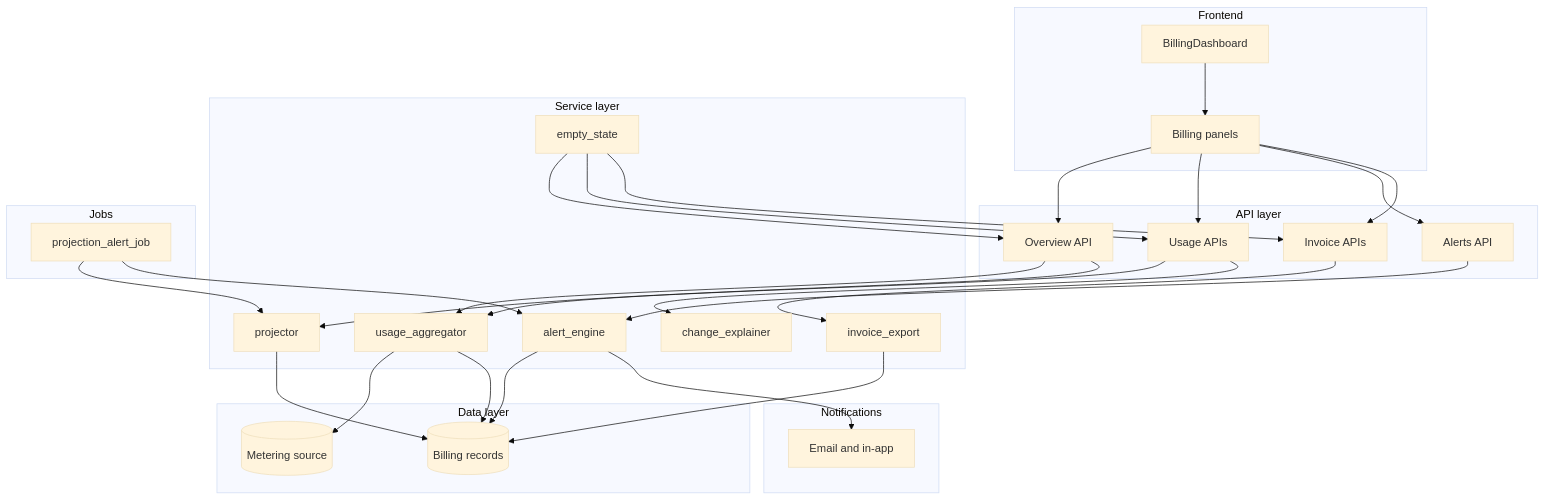
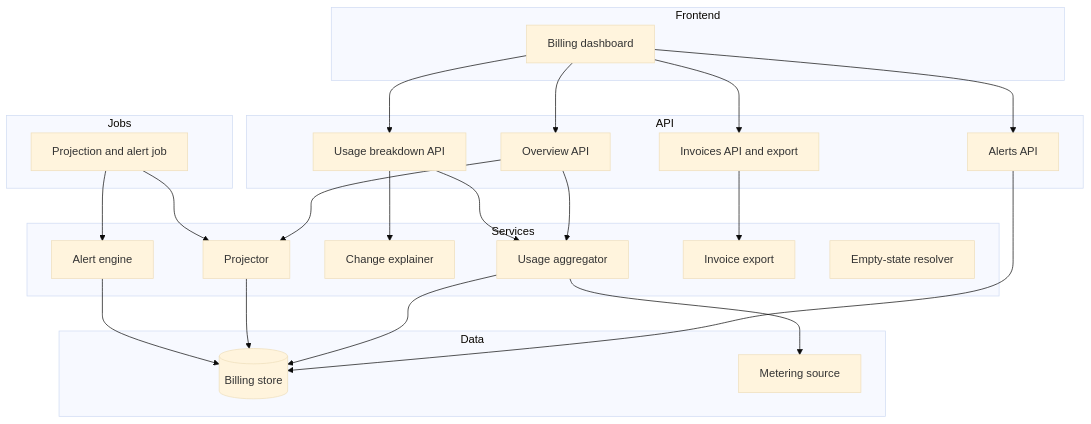
The first of 5 diagrams in examples/specs/002-billing-usage-dashboard/product/30-design.md (d0whc3r/spec-kit-product), drawn with Mermaid (base theme) before and after one commit. The commit also changed other lines of this file and 4 other files, not shown here.

First line of the commit message:
Refactor Self-Serve Billing Usage Dashboard Documentation

````diff
--- a/examples/specs/002-billing-usage-dashboard/product/30-design.md
+++ b/examples/specs/002-billing-usage-dashboard/product/30-design.md
@@ -50,53 +50,43 @@
 ```mermaid
 flowchart TD
     subgraph Frontend
-        Dashboard[BillingDashboard]
-        Panels[Billing panels]
+        Dash[Billing dashboard]
     end
-    subgraph API layer
+    subgraph API
         Overview[Overview API]
-        Breakdown[Usage APIs]
-        Alerts[Alerts API]
-        Invoices[Invoice APIs]
+        Breakdown[Usage breakdown API]
+        AlertsApi[Alerts API]
+        Invoices[Invoices API and export]
     end
-    subgraph Service layer
-        Aggregator[usage_aggregator]
-        Projector[projector]
-        Explainer[change_explainer]
-        AlertEngine[alert_engine]
-        Exporter[invoice_export]
-        EmptyState[empty_state]
-    end
-    subgraph Data layer
-        Records[(Billing records)]
-        Metering[(Metering source)]
+    subgraph Services
+        Agg[Usage aggregator]
+        Proj[Projector]
+        Change[Change explainer]
+        Engine[Alert engine]
+        Export[Invoice export]
+        Empty[Empty-state resolver]
     end
     subgraph Jobs
-        AlertJob[projection_alert_job]
+        Job[Projection and alert job]
     end
-    subgraph Notifications
-        Channels[Email and in-app]
+    subgraph Data
+        Store[(Billing store)]
+        Metering[Metering source]
     end
-    Dashboard --> Panels
-    Panels --> Overview
-    Panels --> Breakdown
-    Panels --> Alerts
-    Panels --> Invoices
-    Overview --> Aggregator
-    Overview --> Projector
-    Breakdown --> Aggregator
-    Breakdown --> Explainer
-    Alerts --> AlertEngine
-    Invoices --> Exporter
-    Aggregator --> Metering
-    Aggregator --> Records
-    Projector --> Records
-    AlertEngine --> Records
-    Exporter --> Records
-    EmptyState --> Overview
-    EmptyState --> Breakdown
-    EmptyState --> Invoices
-    AlertJob --> Projector
-    AlertJob --> AlertEngine
-    AlertEngine --> Channels
+    Dash --> Overview
+    Dash --> Breakdown
+    Dash --> AlertsApi
+    Dash --> Invoices
+    Overview --> Proj
+    Overview --> Agg
+    Breakdown --> Agg
+    Breakdown --> Change
+    AlertsApi --> Store
+    Invoices --> Export
+    Agg --> Metering
+    Agg --> Store
+    Proj --> Store
+    Job --> Proj
+    Job --> Engine
+    Engine --> Store
 ```
````
